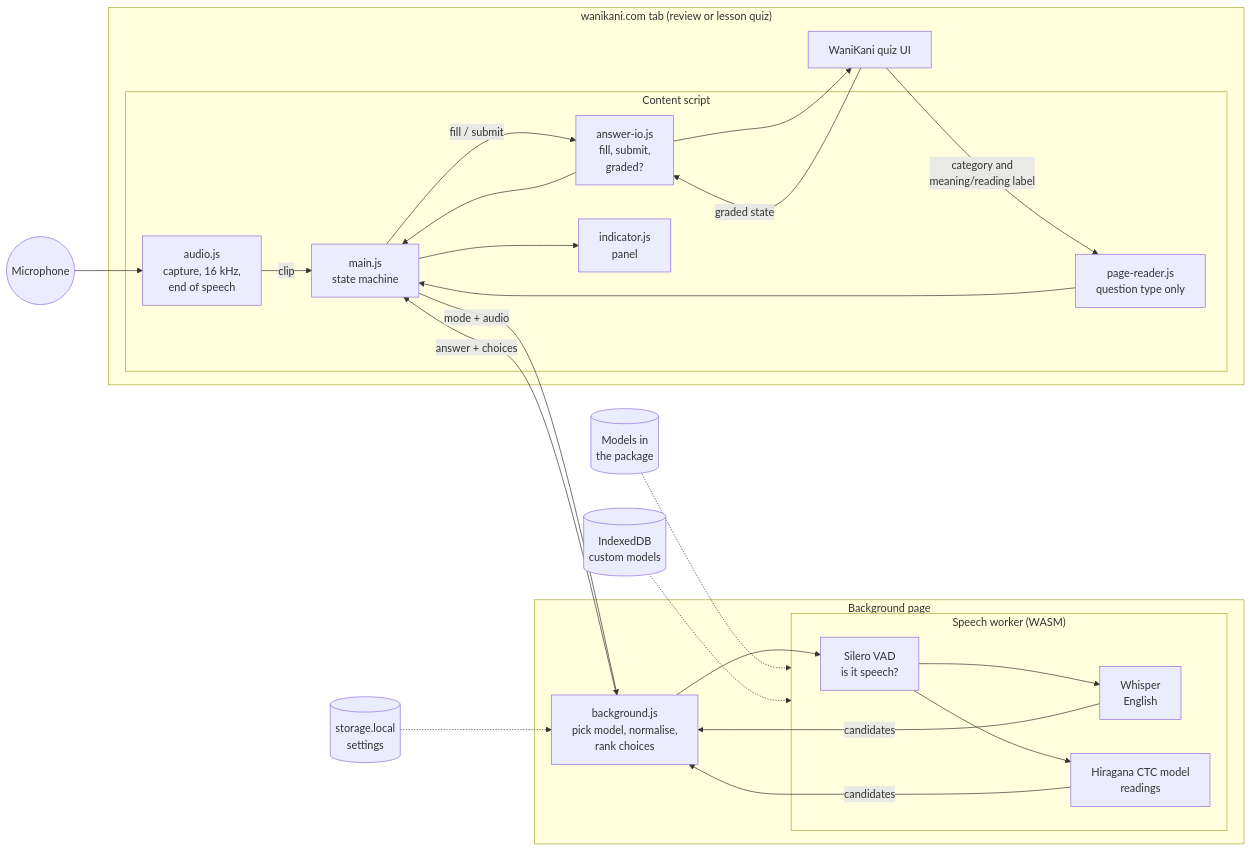
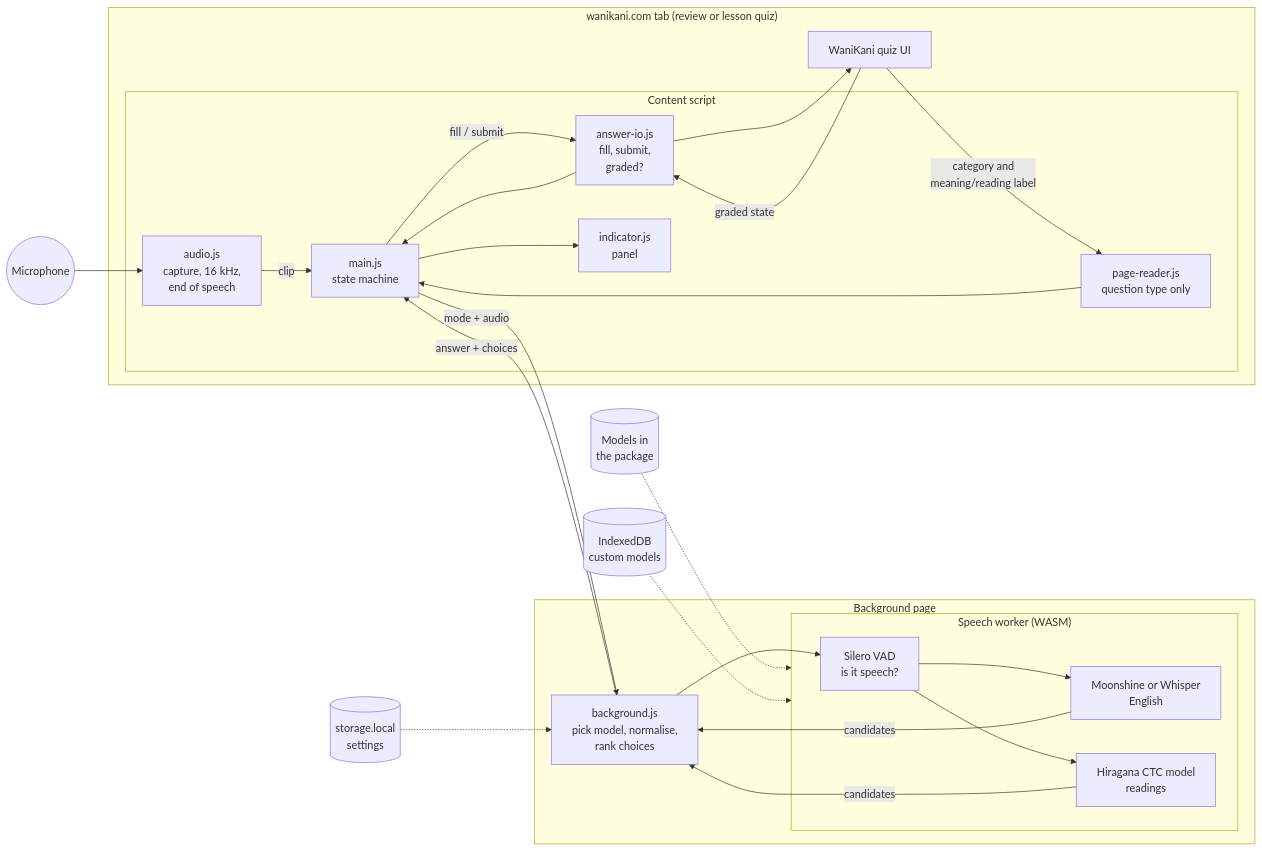
The first of 2 diagrams in README.md (jsmrcina/wanikani-voice), drawn with Mermaid before and after one commit. The commit also changed other lines of this file and 29 other files, not shown here.

````diff
--- a/README.md
+++ b/README.md
@@ -155,41 +187,41 @@
 ```mermaid
 flowchart LR
   MICIN(("Microphone"))
   subgraph TAB["wanikani.com tab (review or lesson quiz)"]
     WK["WaniKani quiz UI"]
     subgraph CS["Content script"]
       PR["page-reader.js<br/>question type only"]
       AU["audio.js<br/>capture, 16 kHz,<br/>end of speech"]
       MAIN["main.js<br/>state machine"]
       IO["answer-io.js<br/>fill, submit,<br/>graded?"]
       IND["indicator.js<br/>panel"]
     end
   end
   subgraph BGP["Background page"]
     BG["background.js<br/>pick model, normalise,<br/>rank choices"]
     subgraph WRK["Speech worker (WASM)"]
       VAD["Silero VAD<br/>is it speech?"]
-      WH["Whisper<br/>English"]
+      WH["Moonshine or Whisper<br/>English"]
       CTC["Hiragana CTC model<br/>readings"]
     end
   end
   MICIN --> AU
   WK -- "category and<br/>meaning/reading label" --> PR
   WK -- "graded state" --> IO
   PR --> MAIN
   IO --> MAIN
   AU -- "clip" --> MAIN
   MAIN -- "mode + audio" --> BG
   BG --> VAD
   VAD --> WH
   VAD --> CTC
   WH -- "candidates" --> BG
   CTC -- "candidates" --> BG
   BG -- "answer + choices" --> MAIN
   MAIN -- "fill / submit" --> IO
   IO --> WK
   MAIN --> IND
   PKG[("Models in<br/>the package")] -.-> WRK
   IDB[("IndexedDB<br/>custom models")] -.-> WRK
   ST[("storage.local<br/>settings")] -.-> BG
 ```
````
